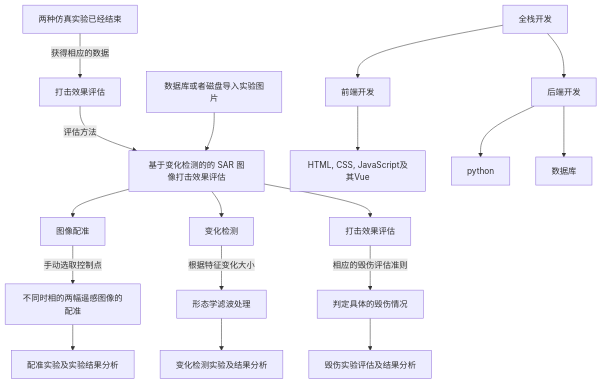
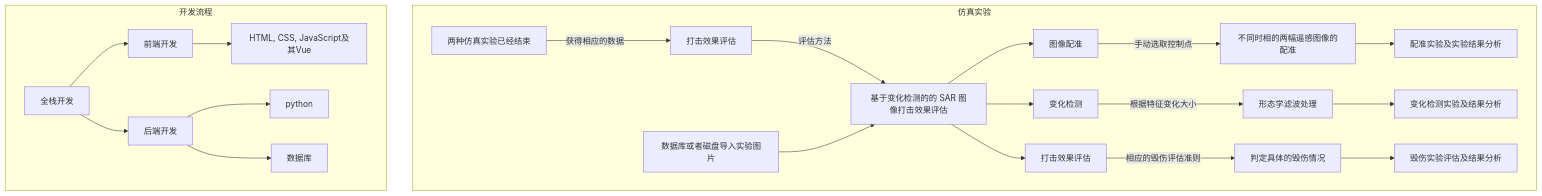
Before and after one commit to NUAAteam/SAR: the diagram in markdown_notes/后续任务.md, drawn with Mermaid.

Commit message:
add subgraph

````diff
--- a/markdown_notes/后续任务.md
+++ b/markdown_notes/后续任务.md
@@ -1,23 +1,26 @@
 ```mermaid
 graph TD
-  A[两种仿真实验已经结束]--> |获得相应的数据|B[打击效果的评估] 
+  subgraph 仿真实验
+  A[两种仿真实验已经结束]--> |获得相应的数据|B[打击效果的评估]
   B[打击效果评估]-->|评估方法|C[基于变化检测的的 SAR 图像打击效果评估]
   C-->D[图像配准]
   C-->E[变化检测]
   C-->F[打击效果评估]
   D-->|手动选取控制点|j[不同时相的两幅遥感图像的配准]
   E-->|根据特征变化大小|f[形态学滤波处理]
   F-->|相应的毁伤评估准则|g[判定具体的毁伤情况]
   j-->h1[配准实验及实验结果分析]
   f-->h2[变化检测实验及结果分析]
   g-->h3[毁伤实验评估及结果分析]
   N[数据库或者磁盘导入实验图片]-->C
+  end
 
+  subgraph 开发流程
   M[全栈开发]-->m1[前端开发]
   M-->m2[后端开发]
   m1[前端开发]-->m11[HTML, CSS, JavaScript及其Vue]
   m2-->m21[python]
   m2-->m22[数据库]
-  
+  end
 
 ```
````
